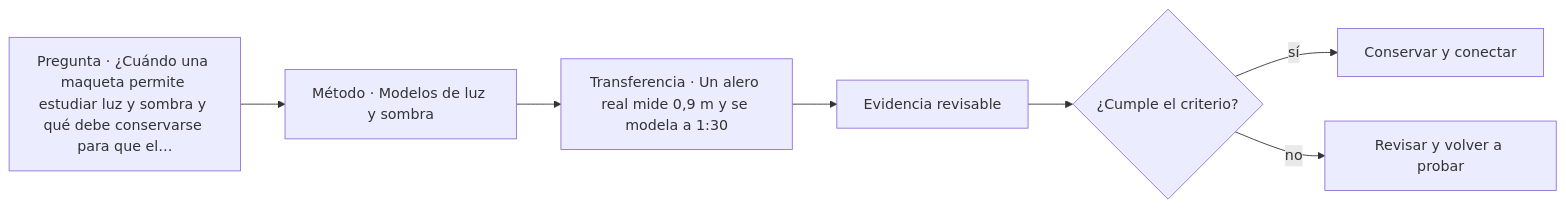
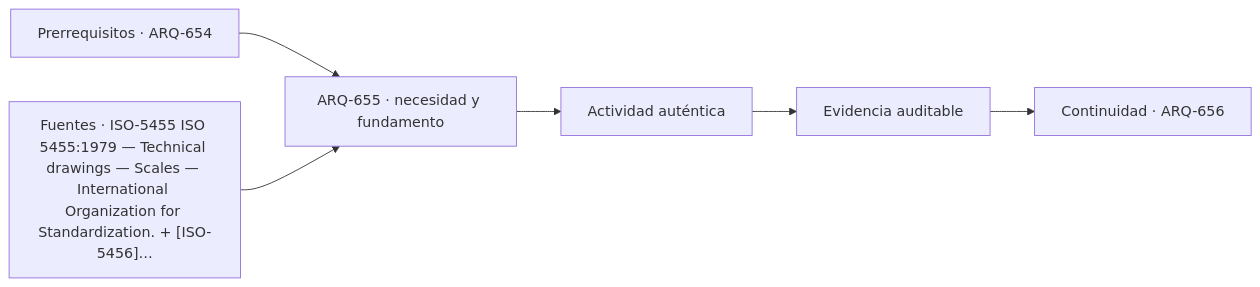
Before and after one commit to vladimiracunadev-create/architecture-built-environment-learning-program: the diagram in classes/parte-66/ARQ-655.md, drawn with Mermaid. The commit also changed other lines of this file and 761 other files, not shown here.

````diff
--- a/classes/parte-66/ARQ-655.md
+++ b/classes/parte-66/ARQ-655.md
@@ -66,9 +78,8 @@
 ```mermaid
 flowchart LR
-    Q["Pregunta · ¿Cuándo una maqueta permite estudiar luz y sombra y qué debe conservarse para que el…"] --> M["Método · Modelos de luz y sombra"]
-    M --> P["Transferencia · Un alero real mide 0,9 m y se modela a 1:30"]
-    P --> E["Evidencia revisable"]
-    E --> C{"¿Cumple el criterio?"}
-    C -->|sí| T["Conservar y conectar"]
-    C -->|no| R["Revisar y volver a probar"]
+    A["Prerrequisitos · ARQ-654"] --> B["ARQ-655 · necesidad y fundamento"]
+    S["Fuentes · ISO-5455 ISO 5455:1979 — Technical drawings — Scales — International Organization for Standardization. + [ISO-5456]…"] --> B
+    B --> C["Actividad auténtica"]
+    C --> D["Evidencia auditable"]
+    D --> E["Continuidad · ARQ-656"]
 ```
````
